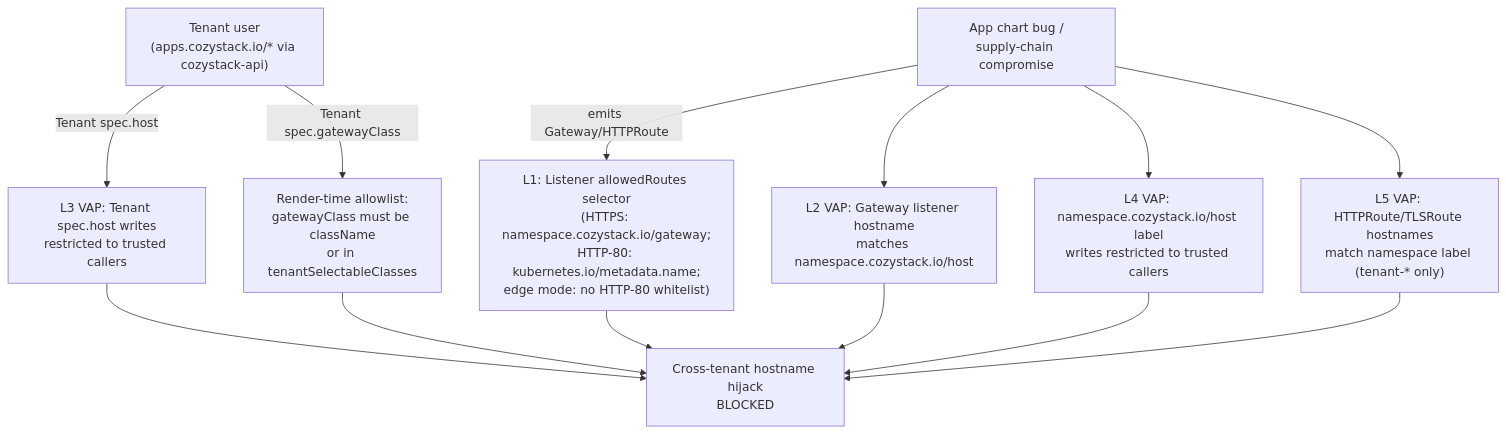
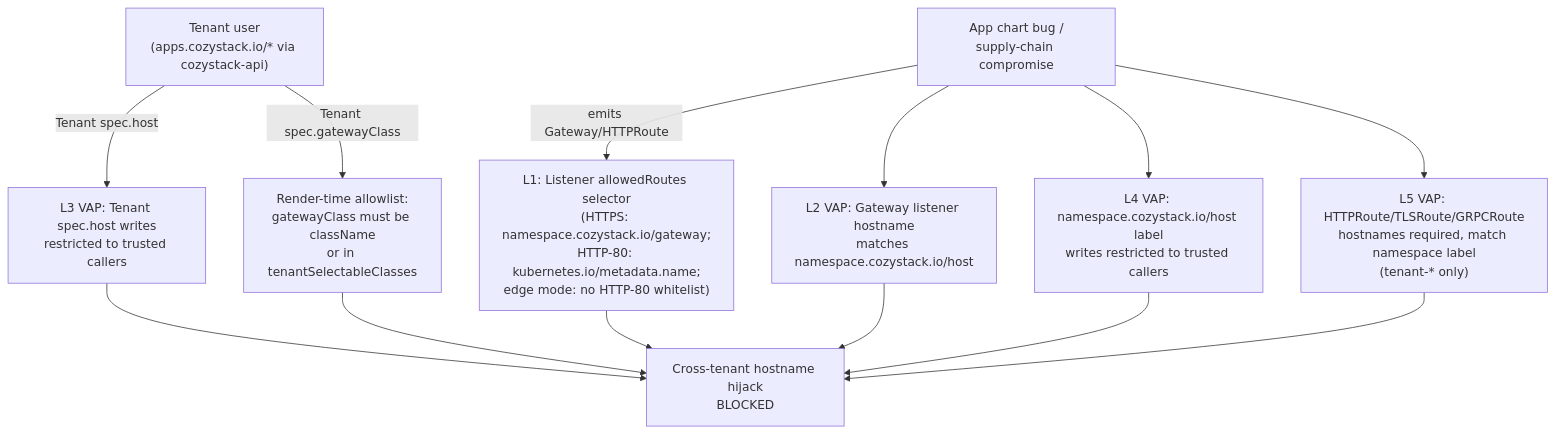
The third of 3 diagrams in content/en/docs/next/networking/gateway-api.md (katamarina-ru/cozystack-website), drawn with Mermaid before and after one commit. The commit also changed other lines of this file, not shown here.

````diff
--- a/content/en/docs/next/networking/gateway-api.md
+++ b/content/en/docs/next/networking/gateway-api.md
@@ -406,29 +460,29 @@
 ```mermaid
 flowchart TD
     USER["Tenant user<br/>(apps.cozystack.io/* via cozystack-api)"]
     CHART["App chart bug /<br/>supply-chain compromise"]
 
     L3["L3 VAP: Tenant spec.host writes<br/>restricted to trusted callers"]
     RT["Render-time allowlist:<br/>gatewayClass must be className<br/>or in tenantSelectableClasses"]
 
     L1["L1: Listener allowedRoutes selector<br/>(HTTPS: namespace.cozystack.io/gateway;<br/>HTTP-80: kubernetes.io/metadata.name;<br/>edge mode: no HTTP-80 whitelist)"]
     L2["L2 VAP: Gateway listener hostname<br/>matches namespace.cozystack.io/host"]
     L4["L4 VAP: namespace.cozystack.io/host label<br/>writes restricted to trusted callers"]
-    L5["L5 VAP: HTTPRoute/TLSRoute hostnames<br/>match namespace label (tenant-* only)"]
+    L5["L5 VAP: HTTPRoute/TLSRoute/GRPCRoute<br/>hostnames required, match namespace label<br/>(tenant-* only)"]
 
     GW["Cross-tenant hostname hijack<br/>BLOCKED"]
 
     USER -->|Tenant spec.host| L3
     USER -->|Tenant spec.gatewayClass| RT
     L3 --> GW
     RT --> GW
 
     CHART -->|emits Gateway/HTTPRoute| L1
     CHART --> L2
     CHART --> L4
     CHART --> L5
     L1 --> GW
     L2 --> GW
     L4 --> GW
     L5 --> GW
 ```
````
